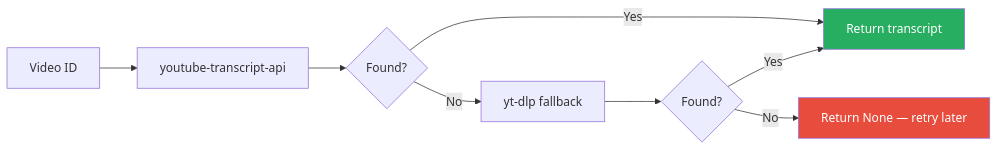
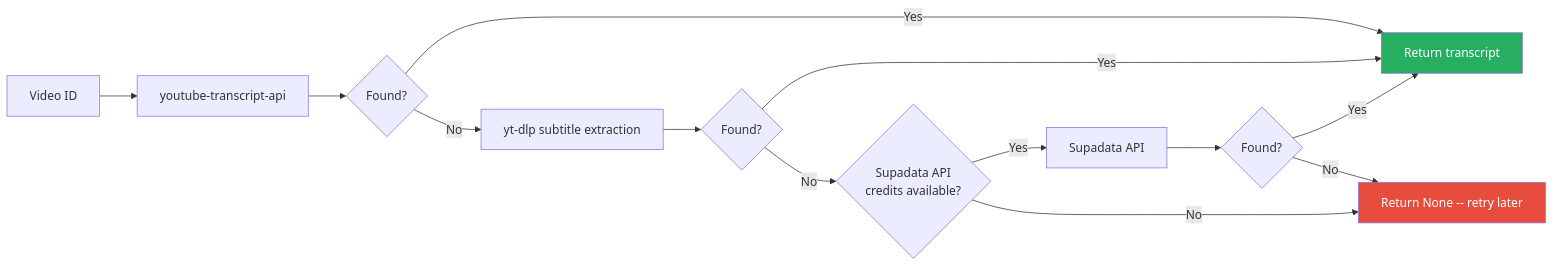
One commit to aliyenidede/vis changed the second of 2 diagrams in README.md. Above: the diagram before and after it, drawn with Mermaid. The commit also changed other lines of this file, not shown here.

Commit message:
chore: Update README with current architecture, bot commands, and tech stack

````diff
--- a/README.md
+++ b/README.md
@@ -51,13 +51,18 @@
 ```mermaid
 flowchart LR
     A[Video ID] --> B[youtube-transcript-api]
     B --> C{Found?}
     C -->|Yes| D[Return transcript]
-    C -->|No| E[yt-dlp fallback]
+    C -->|No| E[yt-dlp subtitle extraction]
     E --> F{Found?}
     F -->|Yes| D
-    F -->|No| G[Return None — retry later]
+    F -->|No| G{Supadata API\ncredits available?}
+    G -->|Yes| H[Supadata API]
+    H --> I{Found?}
+    I -->|Yes| D
+    I -->|No| J[Return None -- retry later]
+    G -->|No| J
 
     style D fill:#27ae60,color:#fff
-    style G fill:#e74c3c,color:#fff
+    style J fill:#e74c3c,color:#fff
 ```
````
